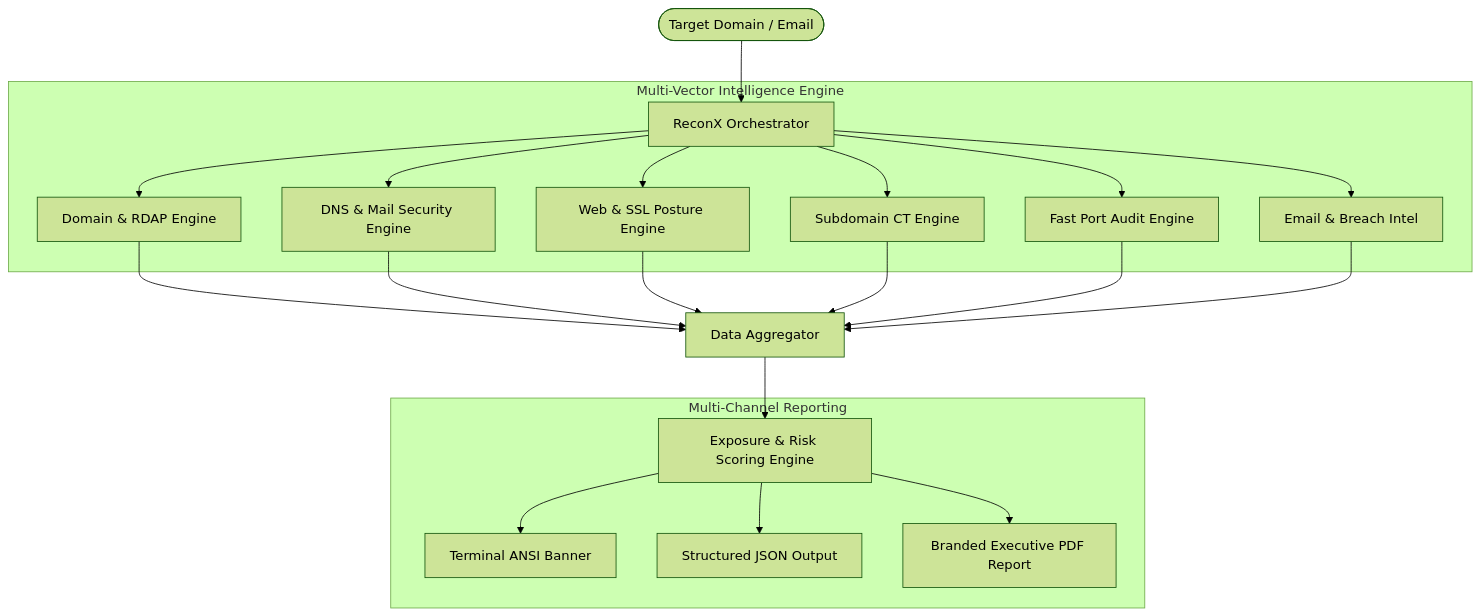
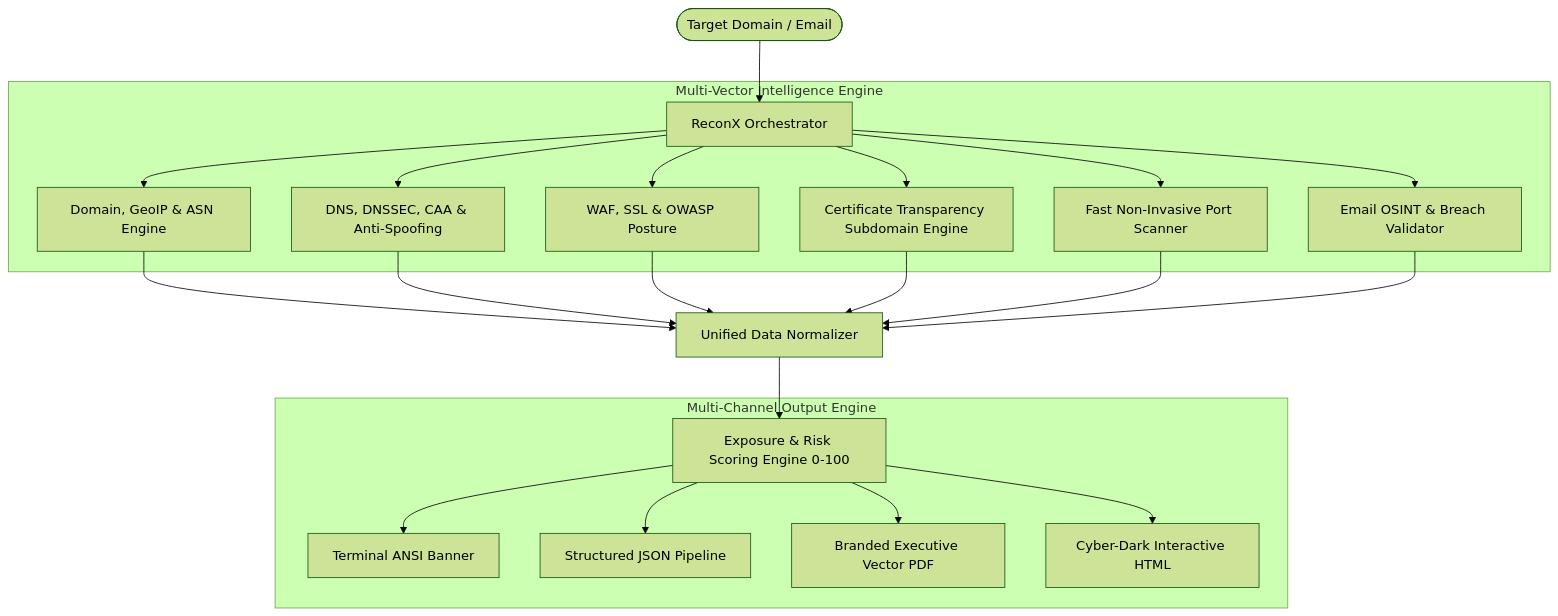
The diagram in README.md (ishan-walia/ReconX-Scanner), drawn with Mermaid (forest theme) before and after one commit. The commit also changed other lines of this file and 13 other files, not shown here.

Commit message:
feat: add HTML report generator, OSINT harvester, Docker containerization, and CI pipeline

````diff
--- a/README.md
+++ b/README.md
@@ -96,28 +148,29 @@
 ```mermaid
 flowchart TD
     A([Target Domain / Email]) --> B[ReconX Orchestrator]
     
     subgraph Multi-Vector Intelligence Engine
-        B --> C[Domain & RDAP Engine]
-        B --> D[DNS & Mail Security Engine]
-        B --> E[Web & SSL Posture Engine]
-        B --> F[Subdomain CT Engine]
-        B --> G[Fast Port Audit Engine]
-        B --> H[Email & Breach Intel]
+        B --> C[Domain, GeoIP & ASN Engine]
+        B --> D[DNS, DNSSEC, CAA & Anti-Spoofing]
+        B --> E[WAF, SSL & OWASP Posture]
+        B --> F[Certificate Transparency Subdomain Engine]
+        B --> G[Fast Non-Invasive Port Scanner]
+        B --> H[Email OSINT & Breach Validator]
     end
 
-    C --> I[Data Aggregator]
+    C --> I[Unified Data Normalizer]
     D --> I
     E --> I
     F --> I
     G --> I
     H --> I
 
-    I --> J[Exposure & Risk Scoring Engine]
+    I --> J[Exposure & Risk Scoring Engine 0-100]
     
-    subgraph Multi-Channel Reporting
+    subgraph Multi-Channel Output Engine
         J --> K[Terminal ANSI Banner]
-        J --> L[Structured JSON Output]
-        J --> M[Branded Executive PDF Report]
+        J --> L[Structured JSON Pipeline]
+        J --> M[Branded Executive Vector PDF]
+        J --> N[Cyber-Dark Interactive HTML]
     end
 ```
````
